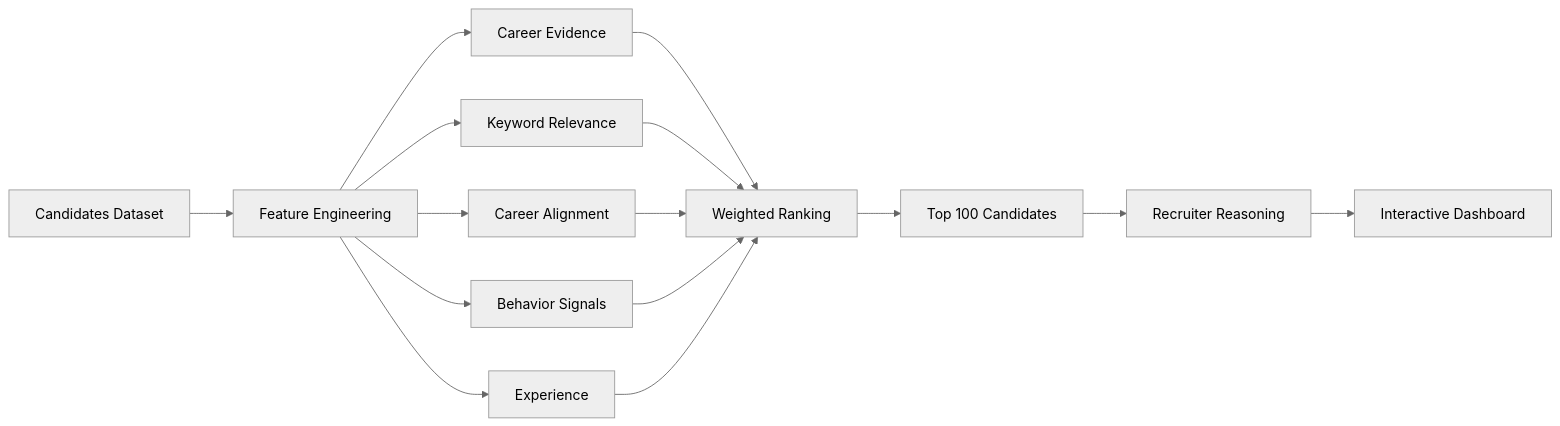
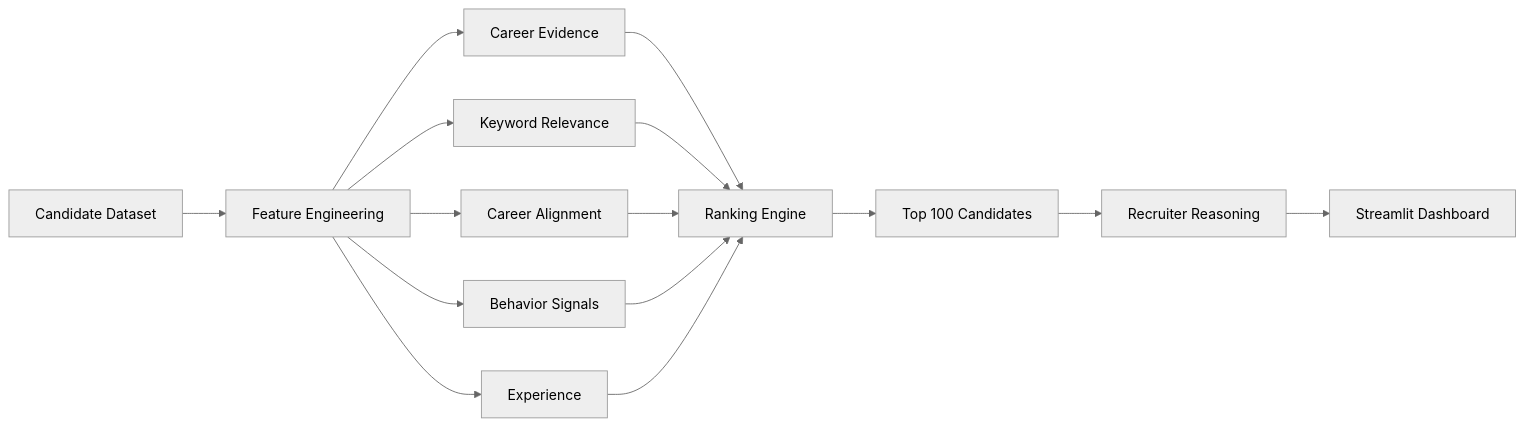
The diagram in README.md (Keertana-N/Ekalvya), drawn with Mermaid (neutral theme) before and after one commit. The commit also changed other lines of this file, not shown here.

````diff
--- a/README.md
+++ b/README.md
@@ -58,33 +42,32 @@
 ```mermaid
 flowchart LR
 
-A[Candidates Dataset]
+A[Candidate Dataset]
+-->B[Feature Engineering]
 
-A --> B[Feature Engineering]
+B-->C[Career Evidence]
 
-B --> C[Career Evidence]
+B-->D[Keyword Relevance]
 
-B --> D[Keyword Relevance]
+B-->E[Career Alignment]
 
-B --> E[Career Alignment]
+B-->F[Behavior Signals]
 
-B --> F[Behavior Signals]
+B-->G[Experience]
 
-B --> G[Experience]
+C-->H[Ranking Engine]
 
-C --> H[Weighted Ranking]
+D-->H
 
-D --> H
+E-->H
 
-E --> H
+F-->H
 
-F --> H
+G-->H
 
-G --> H
+H-->I[Top 100 Candidates]
 
-H --> I[Top 100 Candidates]
+I-->J[Recruiter Reasoning]
 
-I --> J[Recruiter Reasoning]
-
-J --> K[Interactive Dashboard]
+J-->K[Streamlit Dashboard]
 ```
````
